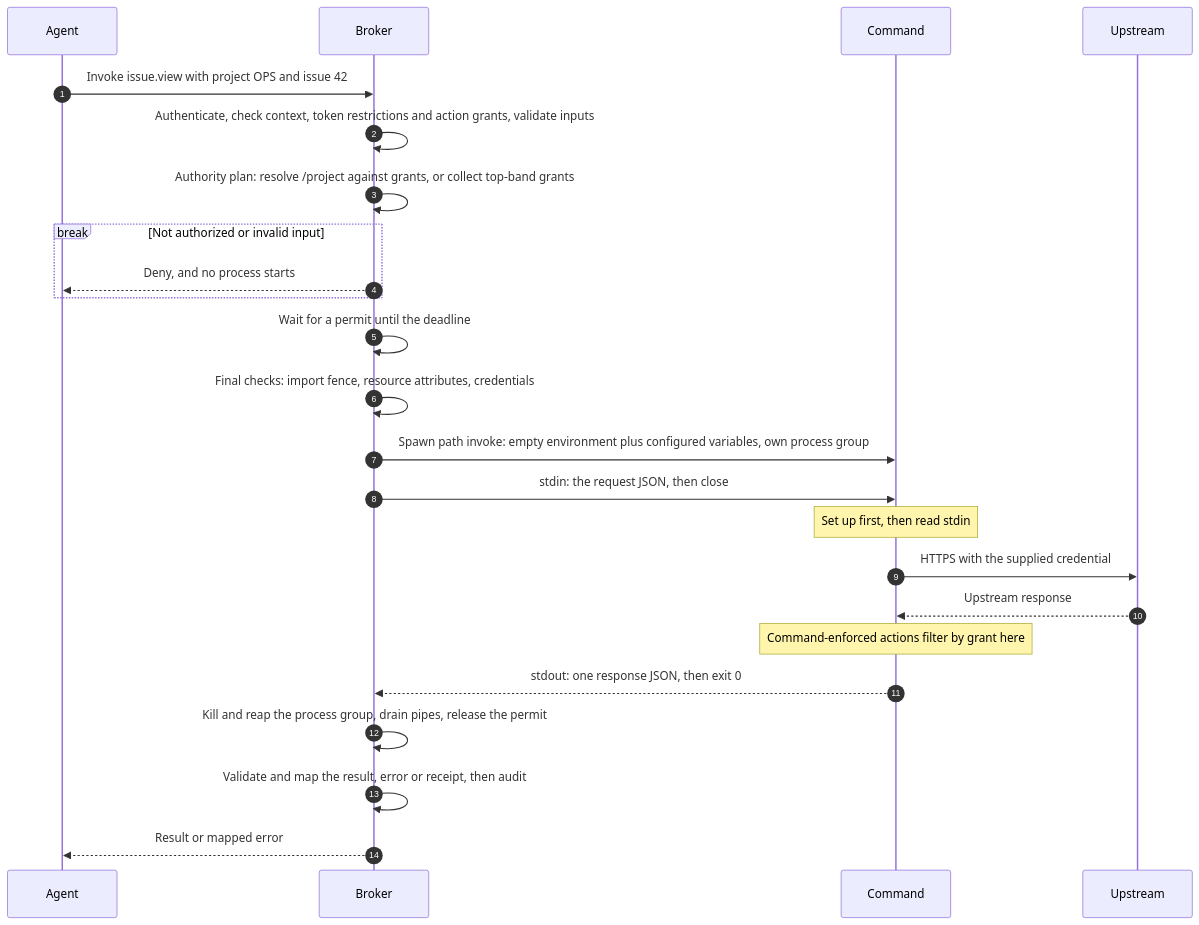
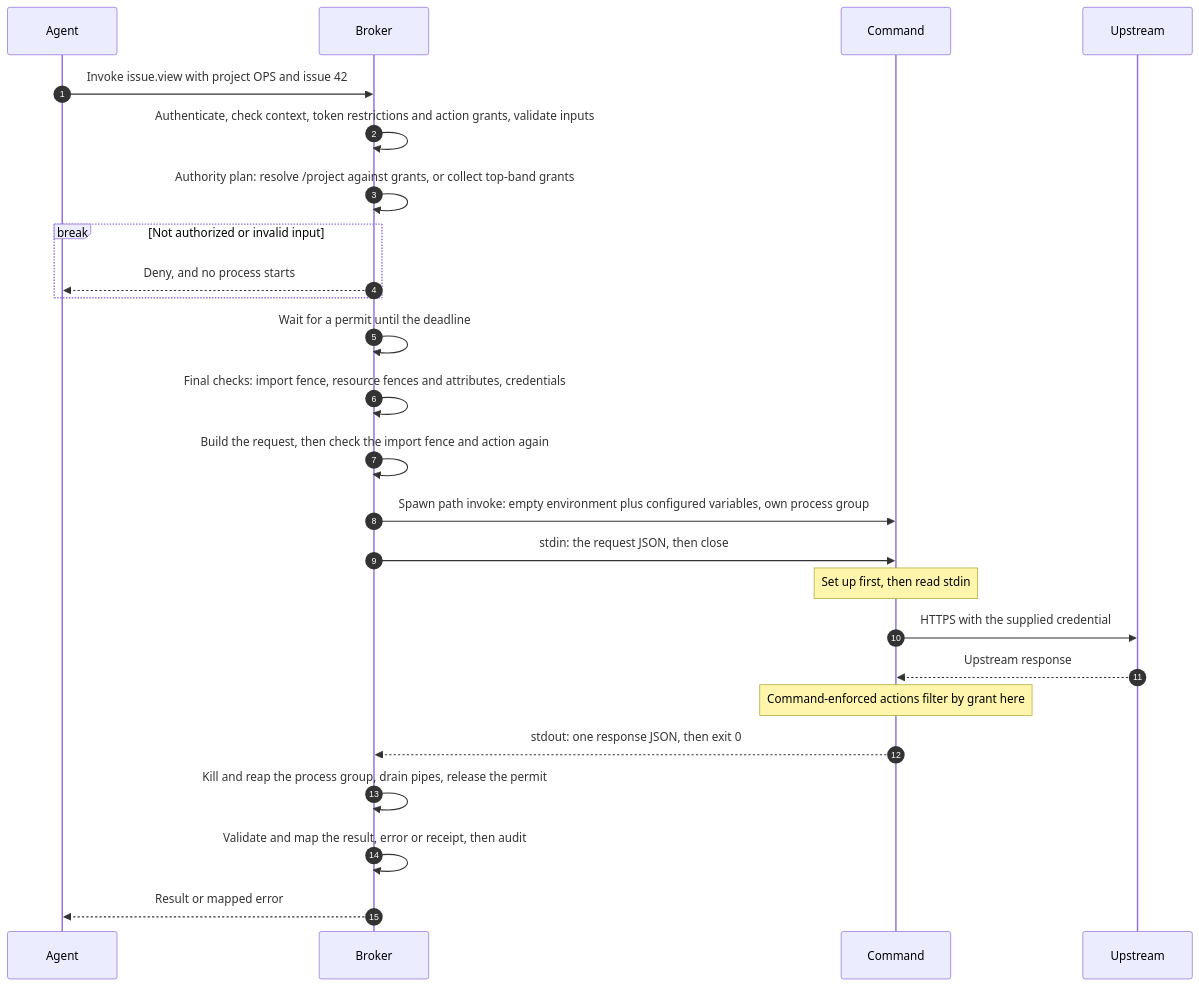
One commit to kcosr/agent-access-broker changed the fourth of 6 diagrams in docs/command-imports.md. Above: the diagram before and after it, drawn with Mermaid. The commit also changed other lines of this file and 1 other file, not shown here.

````diff
--- a/docs/command-imports.md
+++ b/docs/command-imports.md
@@ -571,26 +579,27 @@
 ```mermaid
 sequenceDiagram
     autonumber
     participant G as Agent
     participant B as Broker
     participant C as Command
     participant U as Upstream
     G->>B: Invoke issue.view with project OPS and issue 42
     B->>B: Authenticate, check context, token restrictions and action grants, validate inputs
     B->>B: Authority plan: resolve /project against grants, or collect top-band grants
     break Not authorized or invalid input
         B-->>G: Deny, and no process starts
     end
     B->>B: Wait for a permit until the deadline
-    B->>B: Final checks: import fence, resource attributes, credentials
+    B->>B: Final checks: import fence, resource fences and attributes, credentials
+    B->>B: Build the request, then check the import fence and action again
     B->>C: Spawn path invoke: empty environment plus configured variables, own process group
     B->>C: stdin: the request JSON, then close
     Note over C: Set up first, then read stdin
     C->>U: HTTPS with the supplied credential
     U-->>C: Upstream response
     Note over C: Command-enforced actions filter by grant here
     C-->>B: stdout: one response JSON, then exit 0
     B->>B: Kill and reap the process group, drain pipes, release the permit
     B->>B: Validate and map the result, error or receipt, then audit
     B-->>G: Result or mapped error
 ```
````
